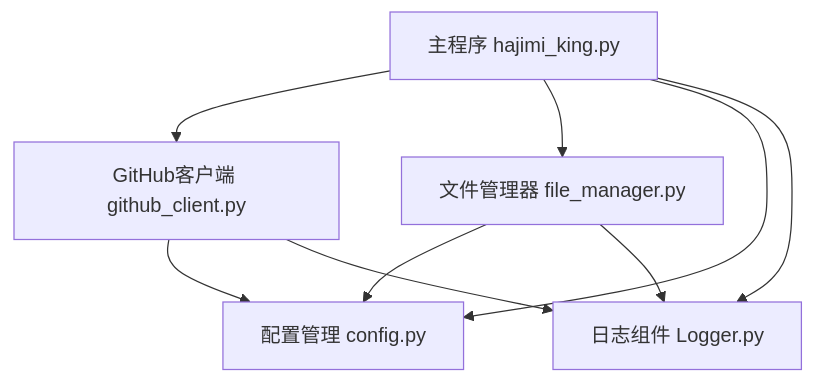
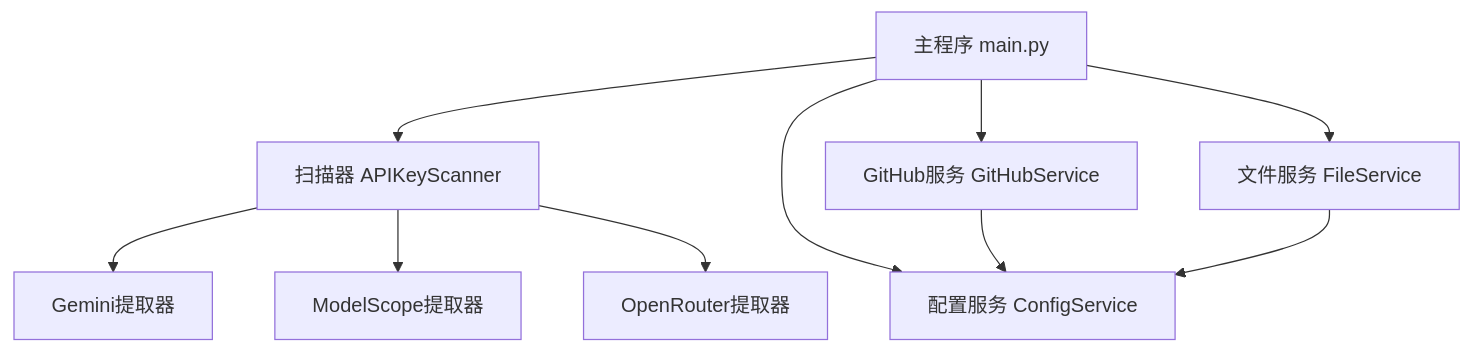
The first of 8 diagrams in .qoder/repowiki/zh/content/核心功能详解/核心功能详解.md (james-6-23/APIKEY-king), drawn with Mermaid before and after one commit. The commit also changed other lines of this file and 49 other files, not shown here.

````diff
--- a/.qoder/repowiki/zh/content/核心功能详解/核心功能详解.md
+++ b/.qoder/repowiki/zh/content/核心功能详解/核心功能详解.md
@@ -46,11 +51,12 @@
 ```mermaid
 graph TD
-A[主程序 hajimi_king.py] --> B[GitHub客户端 github_client.py]
-A --> C[文件管理器 file_manager.py]
-A --> D[配置管理 config.py]
-A --> E[日志组件 Logger.py]
-C --> D
-B --> D
-B --> E
+A[主程序 main.py] --> B[扫描器 APIKeyScanner]
+A --> C[GitHub服务 GitHubService]
+A --> D[文件服务 FileService]
+A --> E[配置服务 ConfigService]
+B --> F[Gemini提取器]
+B --> G[ModelScope提取器]
+B --> H[OpenRouter提取器]
 C --> E
+D --> E
 ```
````
